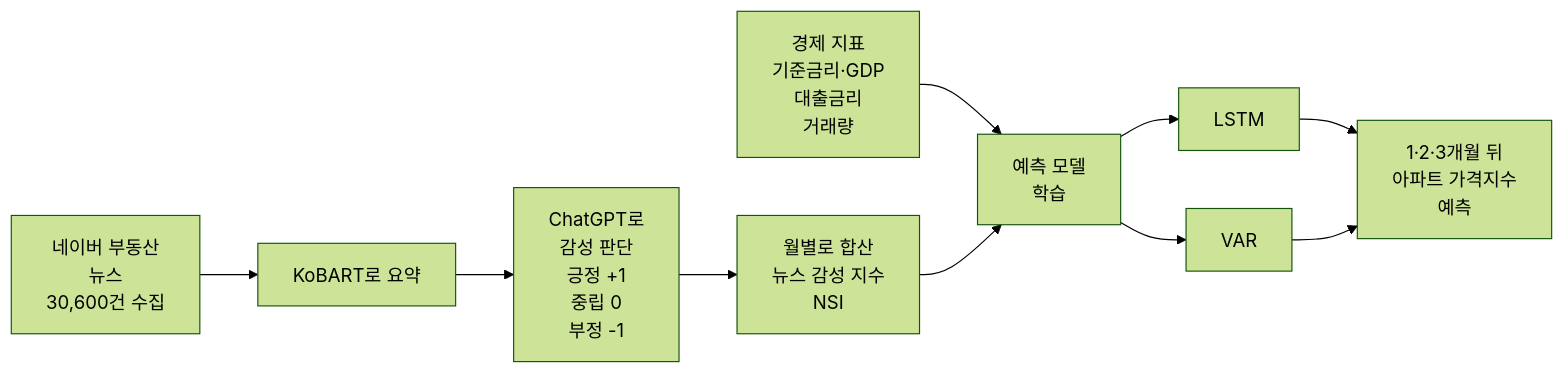
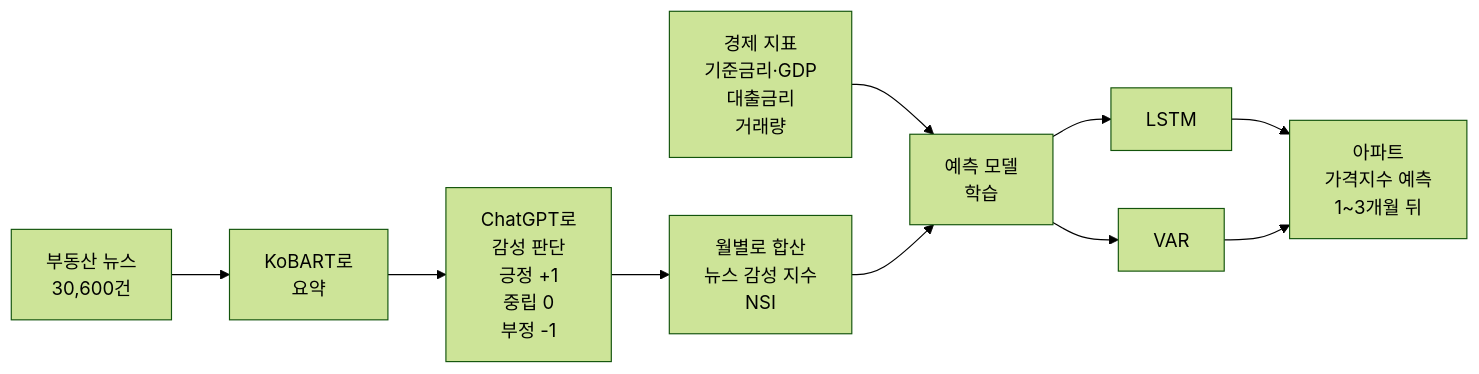
One commit to mjk022/portfolio changed the first of 2 diagrams in 아파트매매가격예측/README.md. Above: the diagram before and after it, drawn with Mermaid (forest theme). The commit also changed 7 other files, not shown here.

Commit message:
README 다이어그램 라벨을 GitHub에서 줄바꿈되지 않는 폭으로 다시 정리

````diff
--- a/아파트매매가격예측/README.md
+++ b/아파트매매가격예측/README.md
@@ -39,11 +39,11 @@
 ```mermaid
 flowchart LR
-    A[네이버 부동산<br/>뉴스<br/>30,600건 수집] --> B[KoBART로 요약]
+    A[부동산 뉴스<br/>30,600건] --> B[KoBART로<br/>요약]
     B --> C[ChatGPT로<br/>감성 판단<br/>긍정 +1<br/>중립 0<br/>부정 -1]
     C --> D[월별로 합산<br/>뉴스 감성 지수<br/>NSI]
     E[경제 지표<br/>기준금리·GDP<br/>대출금리<br/>거래량] --> F[예측 모델<br/>학습]
     D --> F
     F --> G1[LSTM]
     F --> G2[VAR]
-    G1 & G2 --> H[1·2·3개월 뒤<br/>아파트 가격지수<br/>예측]
+    G1 & G2 --> H[아파트<br/>가격지수 예측<br/>1~3개월 뒤]
 ```
````
